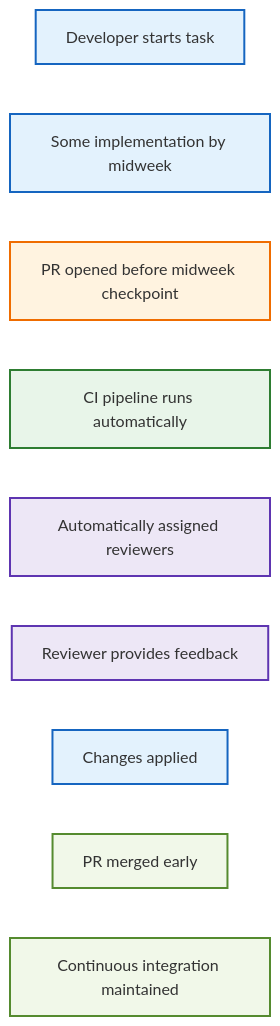
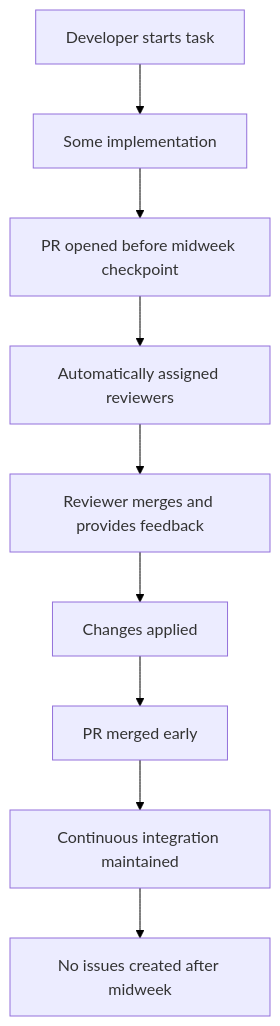
One commit to doda25-team2/operation changed the second of 2 diagrams in docs/extension.md. Above: the diagram before and after it, drawn with Mermaid. The commit also changed other lines of this file, not shown here.

Commit message:
updated visualization to make it appealing and logical

````diff
--- a/docs/extension.md
+++ b/docs/extension.md
@@ -57,24 +59,24 @@
 ```mermaid
 
 %%{init: {'theme': 'default', 'themeVariables': {
-  'lineColor': '#ffffff',
+  'lineColor': '#000000',
   'nodeTextColor': '#000000'
 }}}%%
 flowchart TD
-    A[Developer starts task]:::dev --> B[Some implementation by midweek]:::dev
-    B --> C[PR opened before midweek checkpoint]:::pr
-    C --> D[CI pipeline runs automatically]:::ci
-    D --> E[Automatically assigned reviewers]:::review
-    E --> F[Reviewer provides feedback]:::review
-    F --> G[Changes applied]:::dev
-    G --> H[PR merged early]:::success
-    H --> I[Continuous integration maintained]:::success
+    A[Developer starts task] --> B[Some implementation]
+    B --> C[PR opened before midweek checkpoint]
+    C --> D[Automatically assigned reviewers]
+    D --> E[Reviewer merges and provides feedback]
+    E --> F[Changes applied]
+    F --> G[PR merged early]
+    G --> H[Continuous integration maintained]
+    H --> I[No issues created after midweek]
 
     classDef dev fill:#e3f2fd,stroke:#1565c0,stroke-width:2px;
     classDef pr fill:#fff3e0,stroke:#ef6c00,stroke-width:2px;
     classDef ci fill:#e8f5e9,stroke:#2e7d32,stroke-width:2px;
     classDef review fill:#ede7f6,stroke:#5e35b1,stroke-width:2px;
     classDef success fill:#f1f8e9,stroke:#558b2f,stroke-width:2px;
 
 
 ```
````
